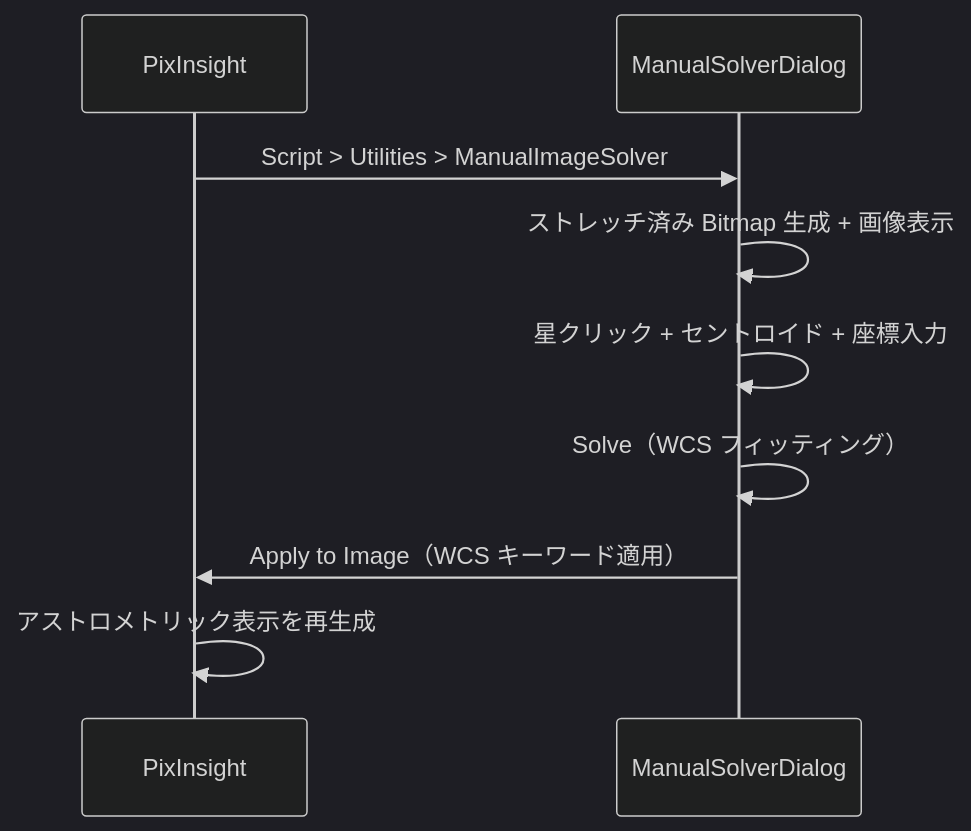
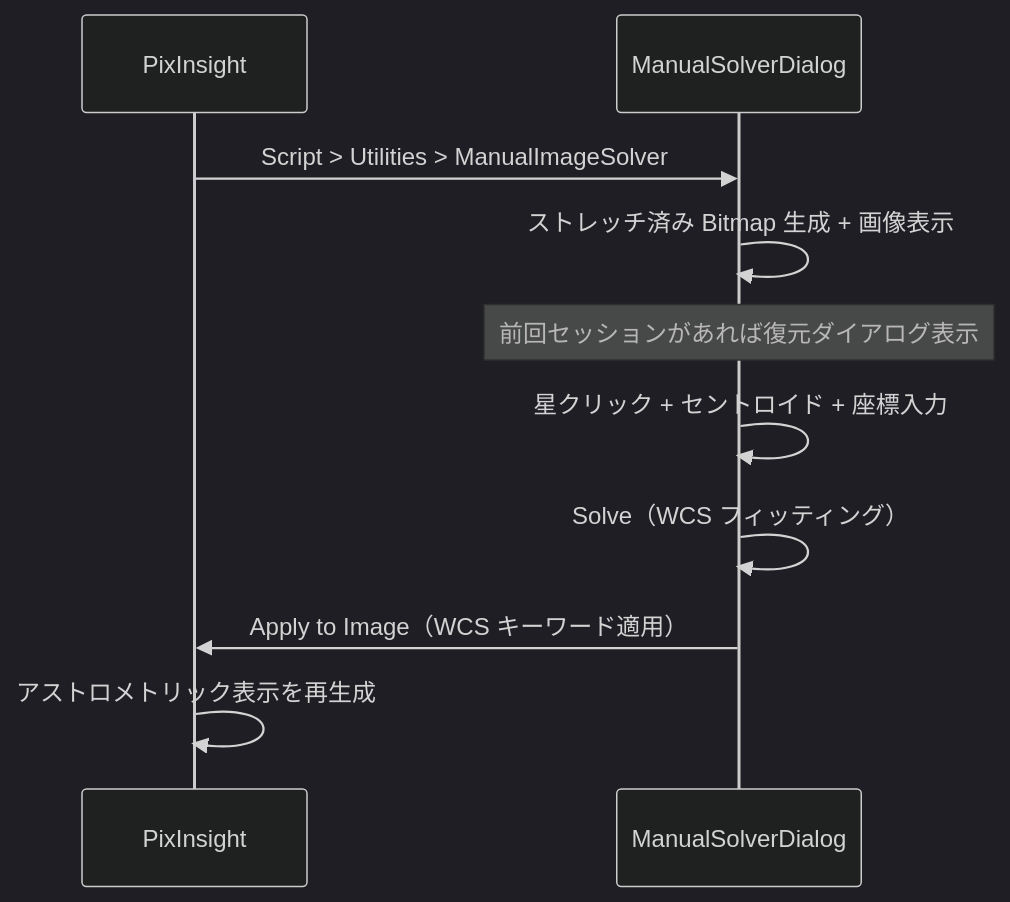
One commit to ysmr3104/manual-image-solver changed the diagram in README.md. Above: the diagram before and after it, drawn with Mermaid (dark theme). The commit also changed other lines of this file and 7 other files, not shown here.

````diff
--- a/README.md
+++ b/README.md
@@ -11,12 +11,13 @@
 ```mermaid
 sequenceDiagram
     participant PI as PixInsight
     participant DLG as ManualSolverDialog
 
     PI->>DLG: Script > Utilities > ManualImageSolver
     DLG->>DLG: ストレッチ済み Bitmap 生成 + 画像表示
+    Note over DLG: 前回セッションがあれば復元ダイアログ表示
     DLG->>DLG: 星クリック + セントロイド + 座標入力
     DLG->>DLG: Solve（WCS フィッティング）
     DLG->>PI: Apply to Image（WCS キーワード適用）
     PI->>PI: アストロメトリック表示を再生成
 ```
````
